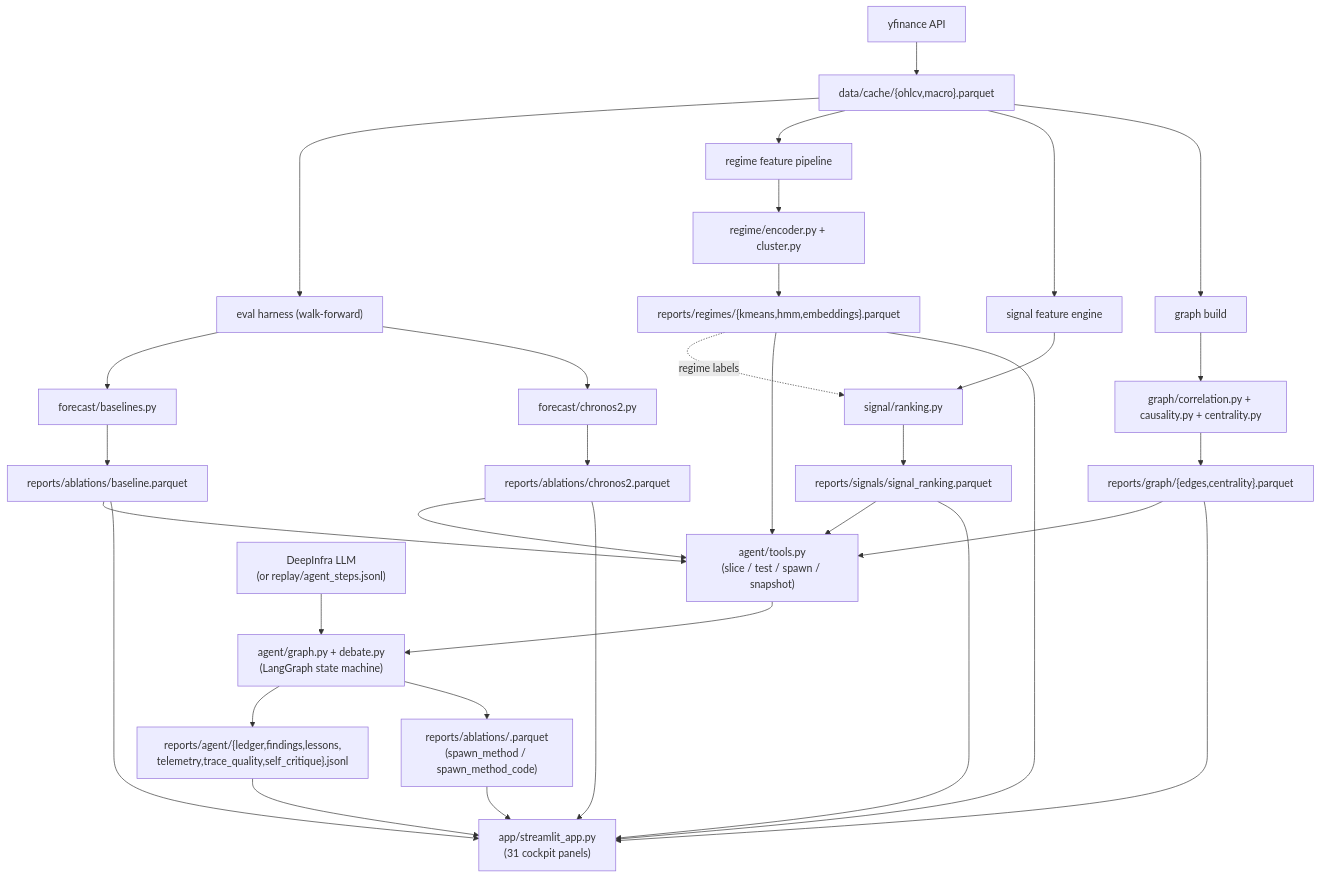
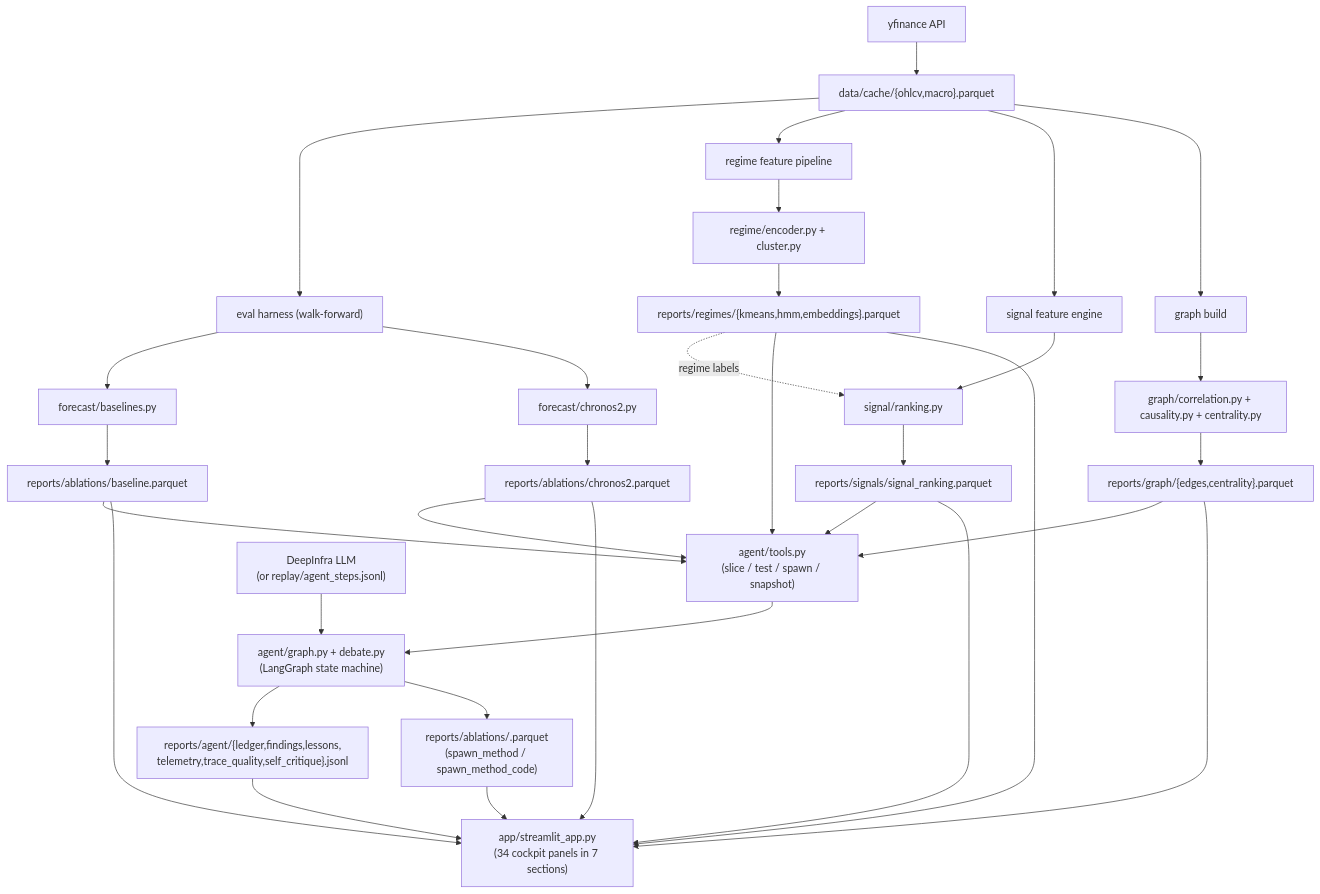
The diagram in docs/ARCHITECTURE.md (Aleksander2a/ai-research), drawn with Mermaid before and after one commit. The commit also changed other lines of this file and 8 other files, not shown here.

````diff
--- a/docs/ARCHITECTURE.md
+++ b/docs/ARCHITECTURE.md
@@ -49,42 +49,42 @@
 ```mermaid
 flowchart TD
   YF["yfinance API"] --> DC["data/cache/{ohlcv,macro}.parquet"]
   DC --> EH["eval harness (walk-forward)"]
   DC --> RFP["regime feature pipeline"]
   DC --> SFP["signal feature engine"]
   DC --> GFP["graph build"]
 
   EH --> BL["forecast/baselines.py"]
   EH --> CH["forecast/chronos2.py"]
   BL --> AB["reports/ablations/baseline.parquet"]
   CH --> AB2["reports/ablations/chronos2.parquet"]
 
   RFP --> RE["regime/encoder.py + cluster.py"]
   RE --> RL["reports/regimes/{kmeans,hmm,embeddings}.parquet"]
 
   SFP --> SR["signal/ranking.py"]
   RL -.regime labels.-> SR
   SR --> SS["reports/signals/signal_ranking.parquet"]
 
   GFP --> GLA["graph/correlation.py + causality.py + centrality.py"]
   GLA --> GE["reports/graph/{edges,centrality}.parquet"]
 
   AB --> AG["agent/tools.py<br/>(slice / test / spawn / snapshot)"]
   AB2 --> AG
   RL --> AG
   SS --> AG
   GE --> AG
 
   AG --> SM["agent/graph.py + debate.py<br/>(LangGraph state machine)"]
   LLM["DeepInfra LLM<br/>(or replay/agent_steps.jsonl)"] --> SM
   SM --> AGW["reports/agent/{ledger,findings,lessons,<br/>telemetry,trace_quality,self_critique}.jsonl"]
   SM --> AGENB["reports/ablations/<agent-authored>.parquet<br/>(spawn_method / spawn_method_code)"]
 
-  AB --> CK["app/streamlit_app.py<br/>(31 cockpit panels)"]
+  AB --> CK["app/streamlit_app.py<br/>(34 cockpit panels in 7 sections)"]
   AB2 --> CK
   RL --> CK
   SS --> CK
   GE --> CK
   AGW --> CK
   AGENB --> CK
 ```
````
